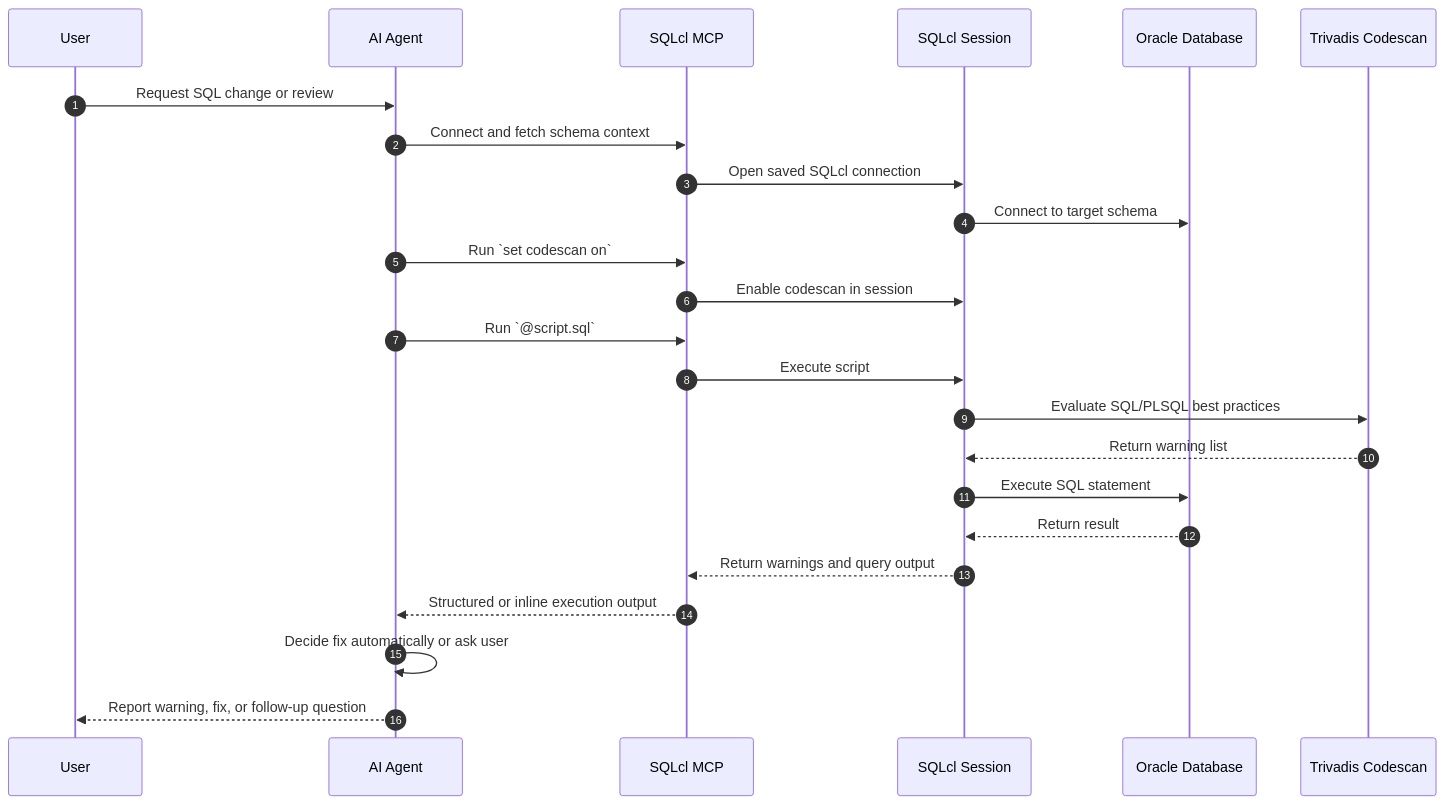
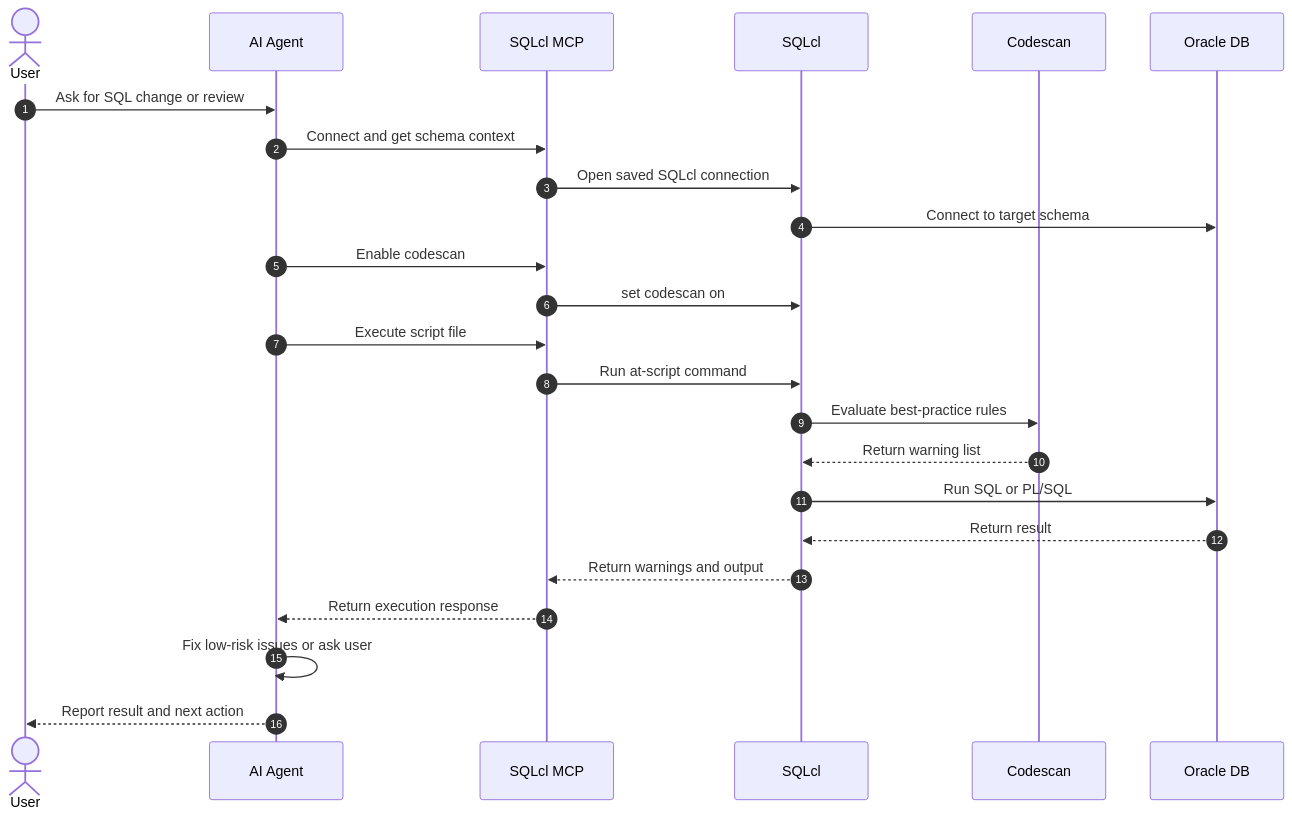
Before and after one commit to vaaPo/oracle-sqlcl-mcp-trivadis-poc: the diagram in README.md, drawn with Mermaid. The commit also changed other lines of this file and 2 other files, not shown here.

````diff
--- a/README.md
+++ b/README.md
@@ -38,27 +39,27 @@
 ```mermaid
 sequenceDiagram
     autonumber
-    participant U as User
+    actor U as User
     participant A as AI Agent
     participant M as SQLcl MCP
-    participant S as SQLcl Session
-    participant O as Oracle Database
-    participant T as Trivadis Codescan
+    participant S as SQLcl
+    participant T as Codescan
+    participant O as Oracle DB
 
-    U->>A: Request SQL change or review
-    A->>M: Connect and fetch schema context
+    U->>A: Ask for SQL change or review
+    A->>M: Connect and get schema context
     M->>S: Open saved SQLcl connection
     S->>O: Connect to target schema
-    A->>M: Run `set codescan on`
-    M->>S: Enable codescan in session
-    A->>M: Run `@script.sql`
-    M->>S: Execute script
-    S->>T: Evaluate SQL/PLSQL best practices
+    A->>M: Enable codescan
+    M->>S: set codescan on
+    A->>M: Execute script file
+    M->>S: Run at-script command
+    S->>T: Evaluate best-practice rules
     T-->>S: Return warning list
-    S->>O: Execute SQL statement
+    S->>O: Run SQL or PL/SQL
     O-->>S: Return result
-    S-->>M: Return warnings and query output
-    M-->>A: Structured or inline execution output
-    A->>A: Decide fix automatically or ask user
-    A-->>U: Report warning, fix, or follow-up question
+    S-->>M: Return warnings and output
+    M-->>A: Return execution response
+    A->>A: Fix low-risk issues or ask user
+    A-->>U: Report result and next action
 ```
````
